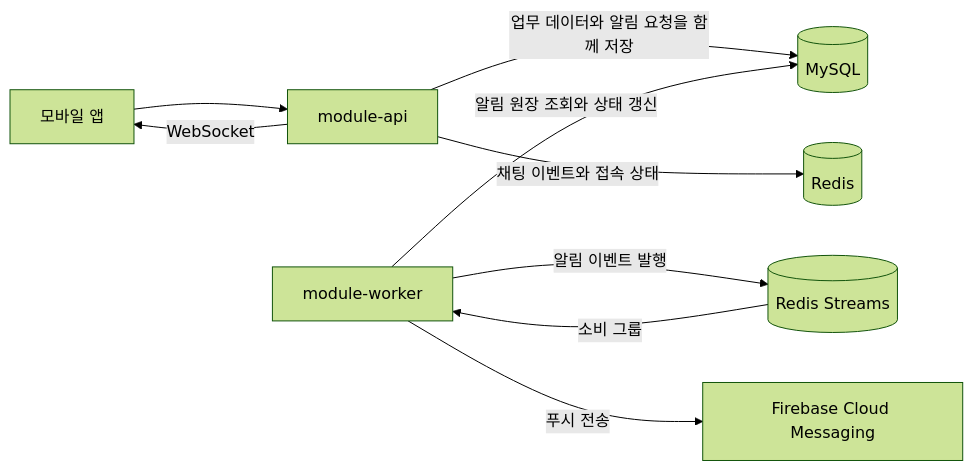
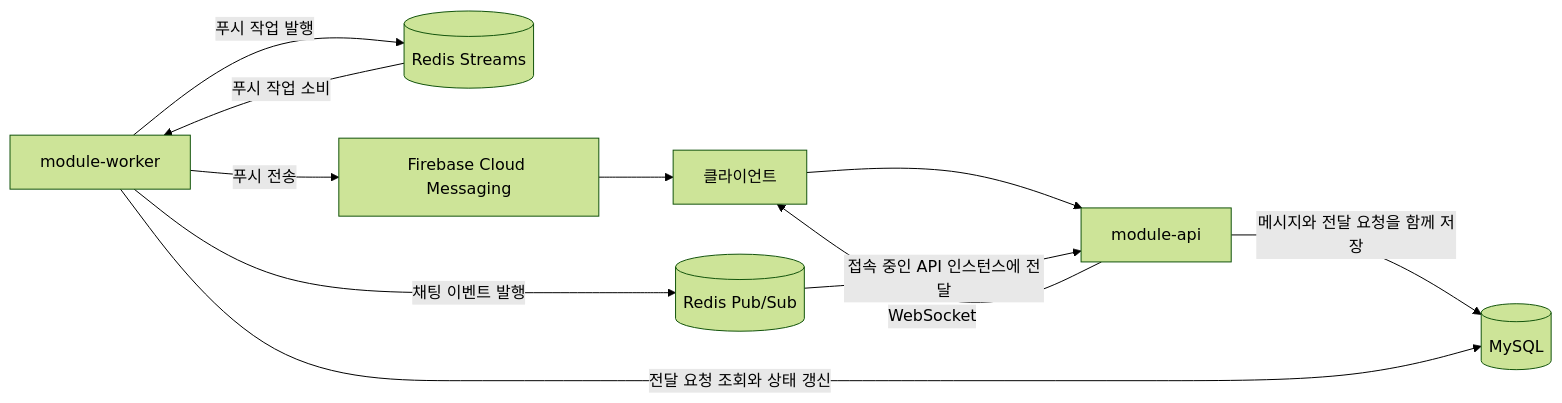
One commit to Neo1228/catxi-server changed the diagram in docs/architecture/overview.md. Above: the diagram before and after it, drawn with Mermaid (forest theme). The commit also changed other lines of this file, not shown here.

````diff
--- a/docs/architecture/overview.md
+++ b/docs/architecture/overview.md
@@ -14,11 +12,13 @@
 ```mermaid
 flowchart LR
-    Client[모바일 앱] --> API[module-api]
-    API -->|업무 데이터와 알림 요청을 함께 저장| DB[(MySQL)]
-    API -->|채팅 이벤트와 접속 상태| Redis[(Redis)]
-    Worker[module-worker] -->|알림 원장 조회와 상태 갱신| DB
-    Worker -->|알림 이벤트 발행| Stream[(Redis Streams)]
-    Stream -->|소비 그룹| Worker
-    Worker -->|푸시 전송| FCM[Firebase Cloud Messaging]
-    API -->|WebSocket| Client
+    client[클라이언트] --> api[module-api]
+    api -->|메시지와 전달 요청을 함께 저장| db[(MySQL)]
+    worker[module-worker] -->|전달 요청 조회와 상태 갱신| db
+    worker -->|채팅 이벤트 발행| redis[(Redis Pub/Sub)]
+    redis -->|접속 중인 API 인스턴스에 전달| api
+    api -->|WebSocket| client
+    worker -->|푸시 작업 발행| stream[(Redis Streams)]
+    stream -->|푸시 작업 소비| worker
+    worker -->|푸시 전송| fcm[Firebase Cloud Messaging]
+    fcm --> client
 ```
````
